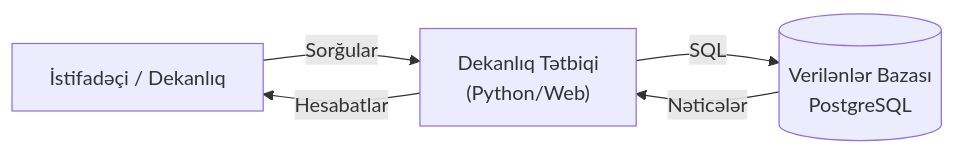
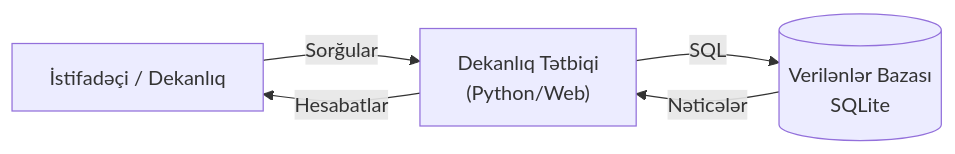
The third of 3 diagrams in README.md (nicefaa6waa/dean_office_sql), drawn with Mermaid before and after one commit. The commit also changed other lines of this file, not shown here.

````diff
--- a/README.md
+++ b/README.md
@@ -208,7 +246,7 @@
 ```mermaid
 graph LR
     User[İstifadəçi / Dekanlıq] -- Sorğular --> App["Dekanlıq Tətbiqi <br/> (Python/Web)"]
-    App -- SQL --> DB[("Verilənlər Bazası <br/> PostgreSQL")]
+    App -- SQL --> DB[("Verilənlər Bazası <br/> SQLite")]
     DB -- Nəticələr --> App
     App -- Hesabatlar --> User
 ```
````
